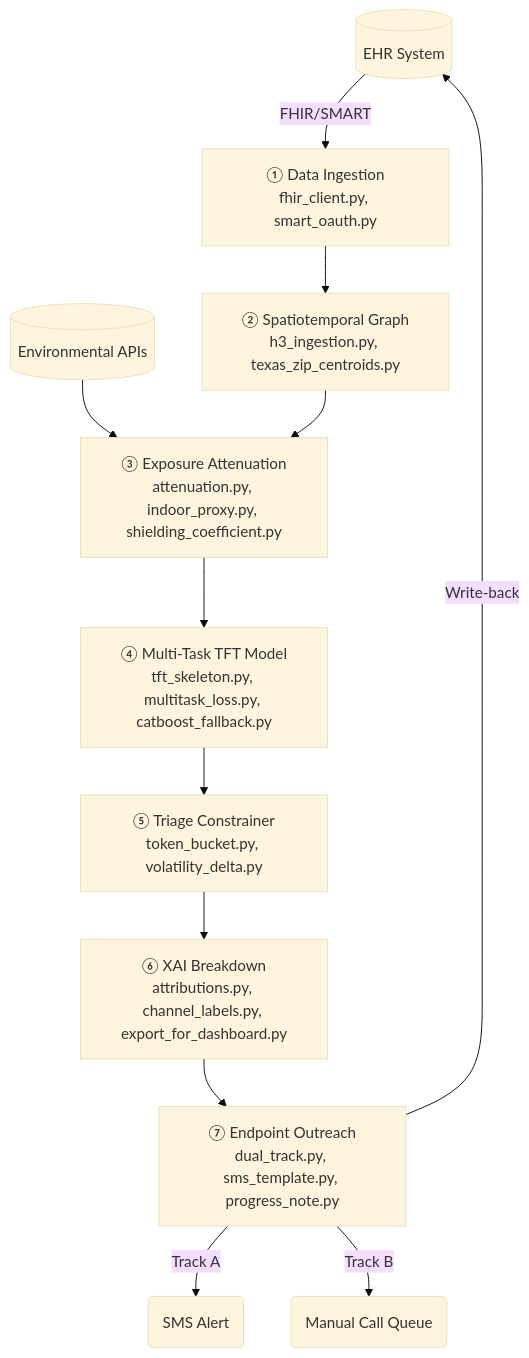
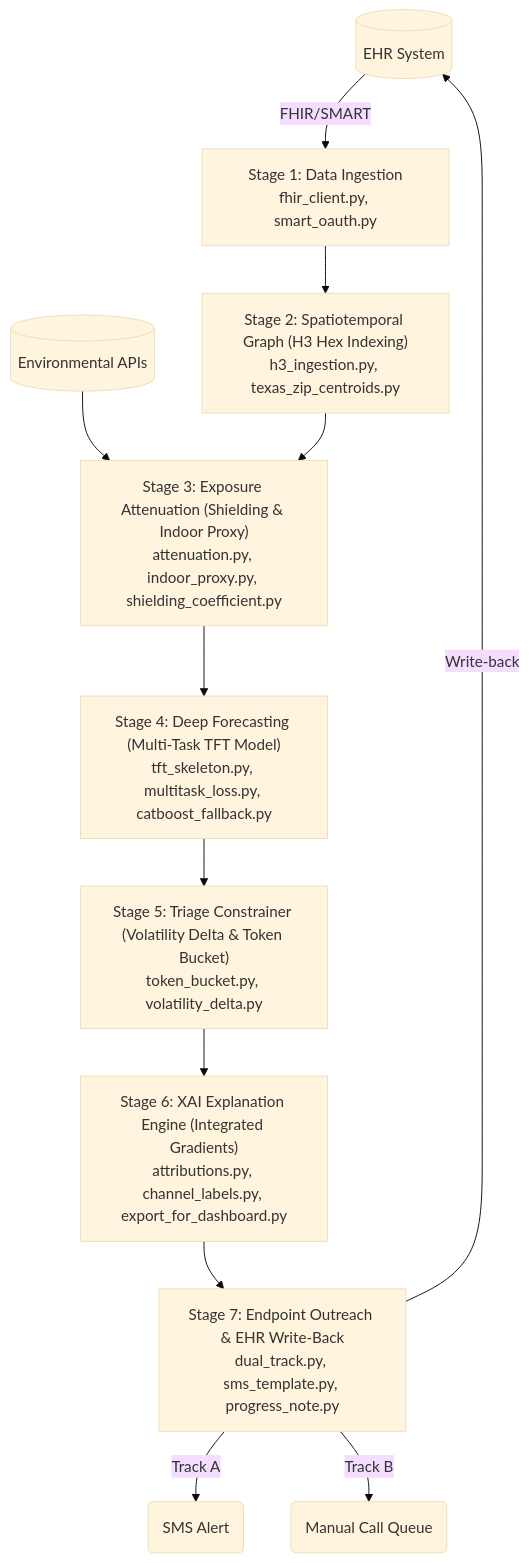
The diagram in walkthrough_progress.md (AaschitaReddyM/vector-ayu), drawn with Mermaid (base theme) before and after one commit. The commit also changed other lines of this file and 19 other files, not shown here.

Commit message:
vayu: created flowchart

````diff
--- a/walkthrough_progress.md
+++ b/walkthrough_progress.md
@@ -49,14 +49,14 @@
 ```mermaid
 flowchart TD
-    EHR[(EHR System)] -->|FHIR/SMART| A["① Data Ingestion<br/>fhir_client.py, smart_oauth.py"]
-    A --> B["② Spatiotemporal Graph<br/>h3_ingestion.py, texas_zip_centroids.py"]
-    ENV[(Environmental APIs)] --> C["③ Exposure Attenuation<br/>attenuation.py, indoor_proxy.py, shielding_coefficient.py"]
+    EHR[(EHR System)] -->|FHIR/SMART| A["Stage 1: Data Ingestion<br/>fhir_client.py, smart_oauth.py"]
+    A --> B["Stage 2: Spatiotemporal Graph (H3 Hex Indexing)<br/>h3_ingestion.py, texas_zip_centroids.py"]
+    ENV[(Environmental APIs)] --> C["Stage 3: Exposure Attenuation (Shielding & Indoor Proxy)<br/>attenuation.py, indoor_proxy.py, shielding_coefficient.py"]
     B --> C
-    C --> D["④ Multi-Task TFT Model<br/>tft_skeleton.py, multitask_loss.py, catboost_fallback.py"]
-    D --> E["⑤ Triage Constrainer<br/>token_bucket.py, volatility_delta.py"]
-    E --> F["⑥ XAI Breakdown<br/>attributions.py, channel_labels.py, export_for_dashboard.py"]
-    F --> G["⑦ Endpoint Outreach<br/>dual_track.py, sms_template.py, progress_note.py"]
+    C --> D["Stage 4: Deep Forecasting (Multi-Task TFT Model)<br/>tft_skeleton.py, multitask_loss.py, catboost_fallback.py"]
+    D --> E["Stage 5: Triage Constrainer (Volatility Delta & Token Bucket)<br/>token_bucket.py, volatility_delta.py"]
+    E --> F["Stage 6: XAI Explanation Engine (Integrated Gradients)<br/>attributions.py, channel_labels.py, export_for_dashboard.py"]
+    F --> G["Stage 7: Endpoint Outreach & EHR Write-Back<br/>dual_track.py, sms_template.py, progress_note.py"]
     G -->|Track A| SMS(SMS Alert)
     G -->|Track B| QUEUE(Manual Call Queue)
     G -->|Write-back| EHR
 ```
````
